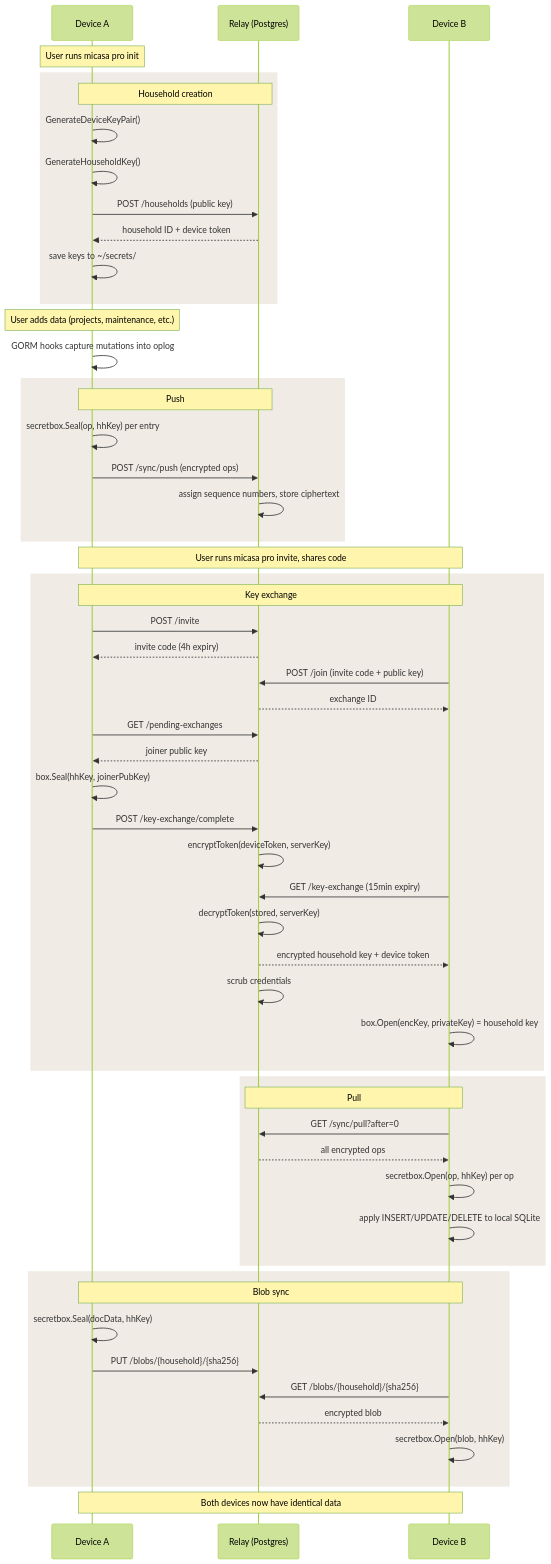
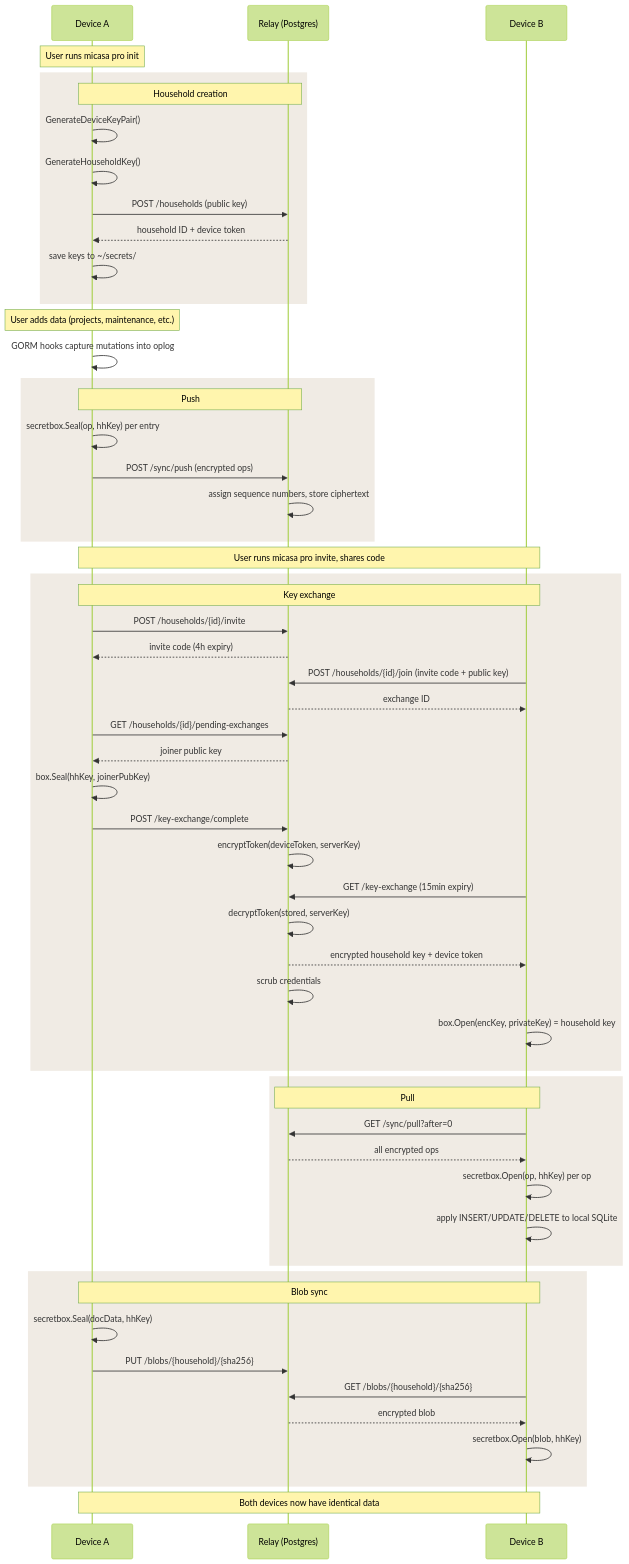
Before and after one commit to micasa-dev/micasa: the third of 3 diagrams in docs/content/docs/development/relay-architecture.md, drawn with Mermaid (forest theme). The commit also changed other lines of this file, not shown here.

Commit message:
docs(website): fix route paths in Mermaid diagrams
POST /invite → POST /households/{id}/invite
POST /join → POST /households/{id}/join
GET /pending-exchanges → GET /households/{id}/pending-exchanges

````diff
--- a/docs/content/docs/development/relay-architecture.md
+++ b/docs/content/docs/development/relay-architecture.md
@@ -159,66 +159,66 @@
 ```mermaid
 sequenceDiagram
     participant A as Device A
     participant R as Relay (Postgres)
     participant B as Device B
 
     Note over A: User runs micasa pro init
 
     rect rgb(240, 235, 228)
     Note over A,R: Household creation
     A->>A: GenerateDeviceKeyPair()
     A->>A: GenerateHouseholdKey()
     A->>R: POST /households (public key)
     R-->>A: household ID + device token
     A->>A: save keys to ~/secrets/
     end
 
     Note over A: User adds data (projects, maintenance, etc.)
     A->>A: GORM hooks capture mutations into oplog
 
     rect rgb(240, 235, 228)
     Note over A,R: Push
     A->>A: secretbox.Seal(op, hhKey) per entry
     A->>R: POST /sync/push (encrypted ops)
     R->>R: assign sequence numbers, store ciphertext
     end
 
     Note over A,B: User runs micasa pro invite, shares code
 
     rect rgb(240, 235, 228)
     Note over A,B: Key exchange
-    A->>R: POST /invite
+    A->>R: POST /households/{id}/invite
     R-->>A: invite code (4h expiry)
-    B->>R: POST /join (invite code + public key)
+    B->>R: POST /households/{id}/join (invite code + public key)
     R-->>B: exchange ID
-    A->>R: GET /pending-exchanges
+    A->>R: GET /households/{id}/pending-exchanges
     R-->>A: joiner public key
     A->>A: box.Seal(hhKey, joinerPubKey)
     A->>R: POST /key-exchange/complete
     R->>R: encryptToken(deviceToken, serverKey)
     B->>R: GET /key-exchange (15min expiry)
     R->>R: decryptToken(stored, serverKey)
     R-->>B: encrypted household key + device token
     R->>R: scrub credentials
     B->>B: box.Open(encKey, privateKey) = household key
     end
 
     rect rgb(240, 235, 228)
     Note over B,R: Pull
     B->>R: GET /sync/pull?after=0
     R-->>B: all encrypted ops
     B->>B: secretbox.Open(op, hhKey) per op
     B->>B: apply INSERT/UPDATE/DELETE to local SQLite
     end
 
     rect rgb(240, 235, 228)
     Note over A,B: Blob sync
     A->>A: secretbox.Seal(docData, hhKey)
     A->>R: PUT /blobs/{household}/{sha256}
     B->>R: GET /blobs/{household}/{sha256}
     R-->>B: encrypted blob
     B->>B: secretbox.Open(blob, hhKey)
     end
 
     Note over A,B: Both devices now have identical data
 ```
````
